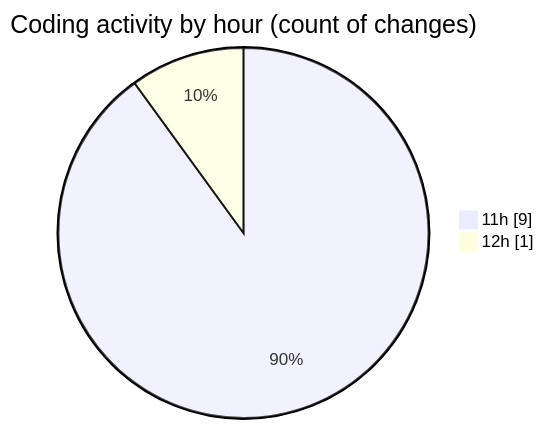
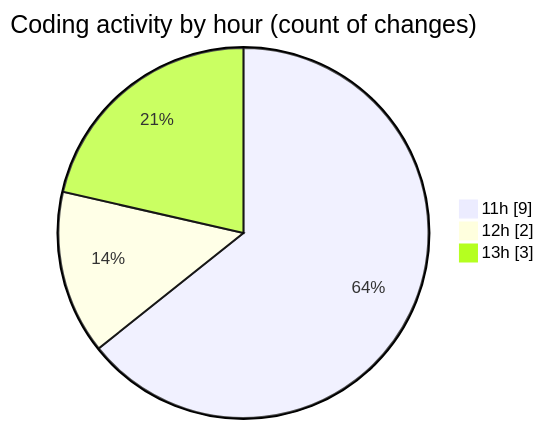
One commit to nxtqubesakshisongat/code-tracking changed the second of 2 diagrams in 2025-11-02/nxtqube_webapp/README.md. Above: the diagram before and after it, drawn with Mermaid. The commit also changed other lines of this file and 1 other file, not shown here.

````diff
--- a/2025-11-02/nxtqube_webapp/README.md
+++ b/2025-11-02/nxtqube_webapp/README.md
@@ -31,6 +31,7 @@
 ```mermaid
 pie showData
 title Coding activity by hour (count of changes)
 "11h" : 9
-"12h" : 1
+"12h" : 2
+"13h" : 3
 ```
````
